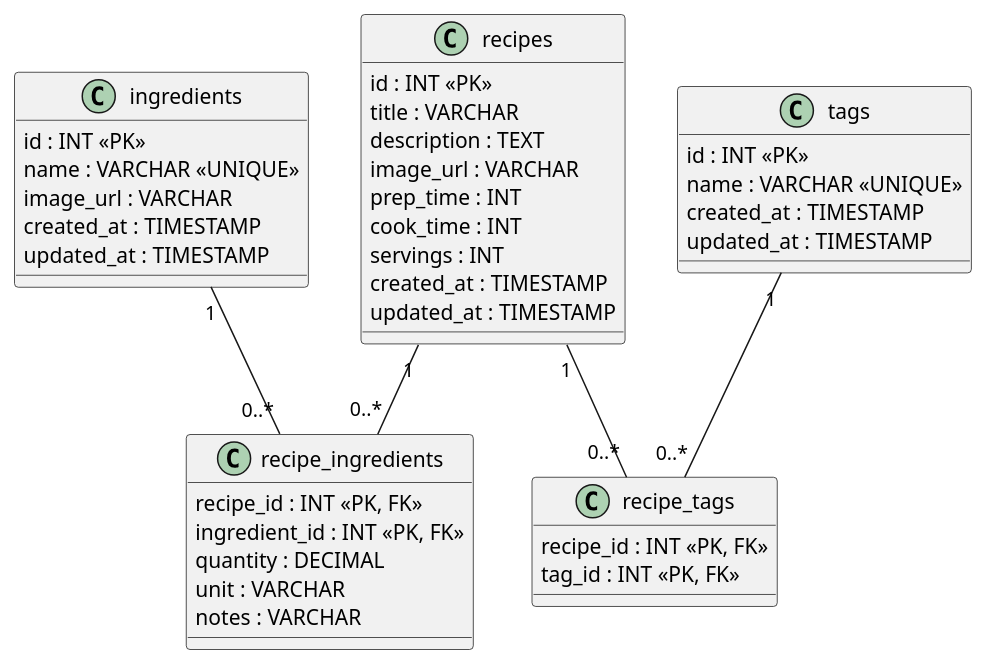
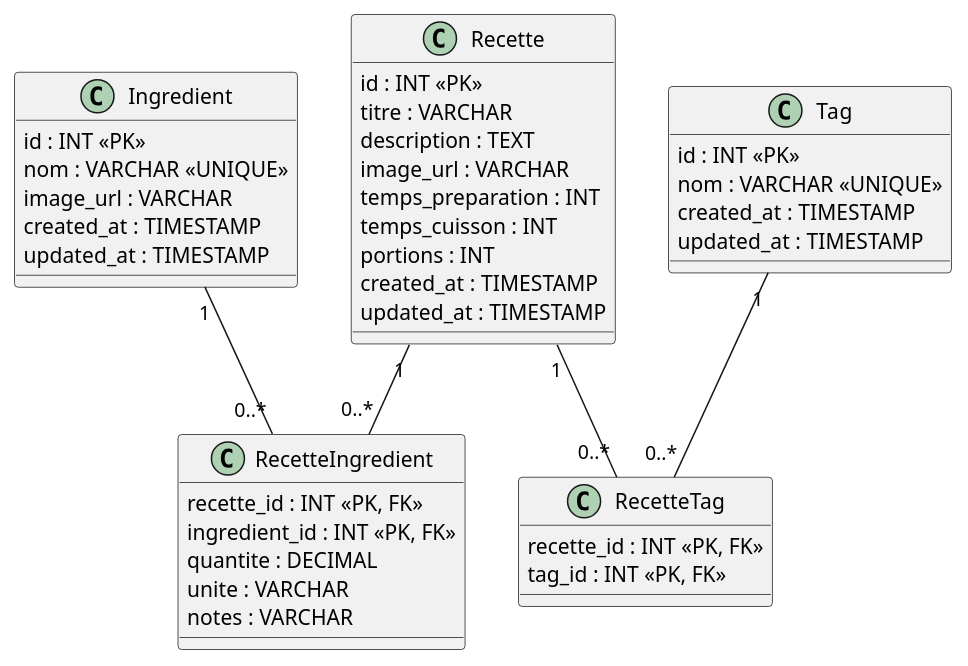
One commit to aminehib/Best-Meal-Corp changed the diagram in database.puml. Above: the diagram before and after it, drawn with PlantUML.

Commit message:
database recettes

```diff
--- a/database.puml
+++ b/database.puml
@@ -1,49 +1,49 @@
 @startuml
 
-class recipes {
+class Recette {
   id : INT <<PK>>
-  title : VARCHAR
+  titre : VARCHAR
   description : TEXT
   image_url : VARCHAR
-  prep_time : INT
-  cook_time : INT
-  servings : INT
+  temps_preparation : INT
+  temps_cuisson : INT
+  portions : INT
   created_at : TIMESTAMP
   updated_at : TIMESTAMP
 }
 
-class ingredients {
+class Ingredient {
   id : INT <<PK>>
-  name : VARCHAR <<UNIQUE>>
+  nom : VARCHAR <<UNIQUE>>
   image_url : VARCHAR
   created_at : TIMESTAMP
   updated_at : TIMESTAMP
 }
 
-class tags {
+class Tag {
   id : INT <<PK>>
-  name : VARCHAR <<UNIQUE>>
+  nom : VARCHAR <<UNIQUE>>
   created_at : TIMESTAMP
   updated_at : TIMESTAMP
 }
 
-class recipe_ingredients {
-  recipe_id : INT <<PK, FK>>
+class RecetteIngredient {
+  recette_id : INT <<PK, FK>>
   ingredient_id : INT <<PK, FK>>
-  quantity : DECIMAL
-  unit : VARCHAR
+  quantite : DECIMAL
+  unite : VARCHAR
   notes : VARCHAR
 }
 
-class recipe_tags {
-  recipe_id : INT <<PK, FK>>
+class RecetteTag {
+  recette_id : INT <<PK, FK>>
   tag_id : INT <<PK, FK>>
 }
 
-recipes "1" -- "0..*" recipe_ingredients
-ingredients "1" -- "0..*" recipe_ingredients
+Recette "1" -- "0..*" RecetteIngredient
+Ingredient "1" -- "0..*" RecetteIngredient
 
-recipes "1" -- "0..*" recipe_tags
-tags "1" -- "0..*" recipe_tags
+Recette "1" -- "0..*" RecetteTag
+Tag "1" -- "0..*" RecetteTag
 
 @enduml
```
